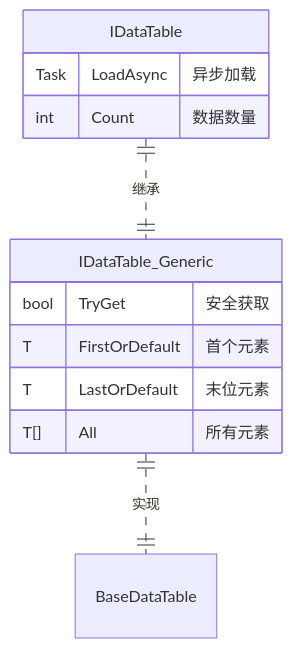
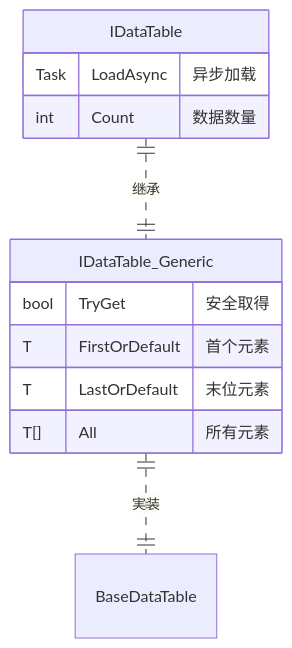
One commit to AlianBlank/GameFrameX.Docs changed the second of 2 diagrams in docs/ja/client/unity/component/config/07.idata-table.md. Above: the diagram before and after it, drawn with Mermaid. The commit also changed other lines of this file and 603 other files, not shown here.

````diff
--- a/docs/ja/client/unity/component/config/07.idata-table.md
+++ b/docs/ja/client/unity/component/config/07.idata-table.md
@@ -96,17 +96,17 @@
 ```mermaid
 erDiagram
     IDataTable ||..|| IDataTable_Generic : "继承"
-    IDataTable_Generic ||..|| BaseDataTable : "实现"
+    IDataTable_Generic ||..|| BaseDataTable : "実装"
     
     IDataTable {
         Task LoadAsync "异步加载"
         int Count "数据数量"
     }
     
     IDataTable_Generic {
-        bool TryGet "安全获取"
+        bool TryGet "安全取得"
         T FirstOrDefault "首个元素"
         T LastOrDefault "末位元素"
         T[] All "所有元素"
     }
 ```
````
